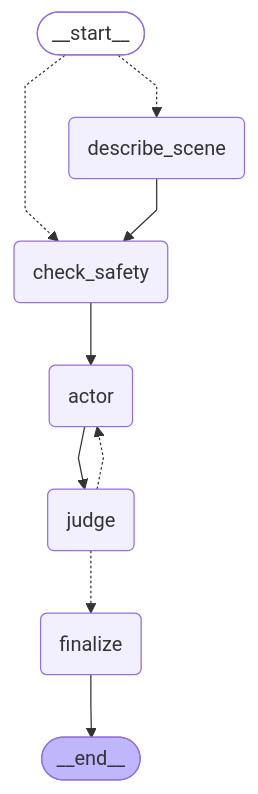
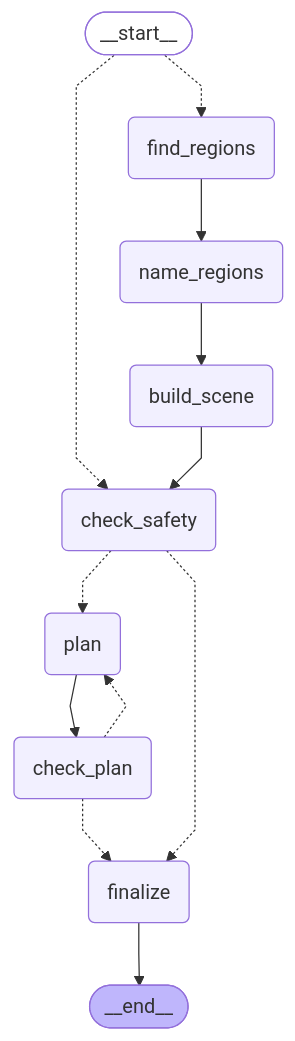
The diagram in outputs/graph/graph.mmd (joswin03/see-it-say-it-pick-it), drawn with Mermaid before and after one commit. The commit also changed 19 other files, not shown here.

First line of the commit message:
Rebuild the LangGraph pipeline on Joswin's OpenCV vision in src/graph_pipeline (42.2/65 dev)

```diff
--- a/outputs/graph/graph.mmd
+++ b/outputs/graph/graph.mmd
@@ -1,24 +1,29 @@
 ---
 config:
   flowchart:
     curve: linear
 ---
 graph TD;
 	__start__([<p>__start__</p>]):::first
-	describe_scene(describe_scene)
+	find_regions(find_regions)
+	name_regions(name_regions)
+	build_scene(build_scene)
 	check_safety(check_safety)
-	actor(actor)
-	judge(judge)
+	plan(plan)
+	check_plan(check_plan)
 	finalize(finalize)
 	__end__([<p>__end__</p>]):::last
 	__start__ -.-> check_safety;
-	__start__ -.-> describe_scene;
-	actor --> judge;
-	check_safety --> actor;
-	describe_scene --> check_safety;
-	judge -.-> actor;
-	judge -.-> finalize;
+	__start__ -.-> find_regions;
+	build_scene --> check_safety;
+	check_plan -.-> finalize;
+	check_plan -.-> plan;
+	check_safety -.-> finalize;
+	check_safety -.-> plan;
+	find_regions --> name_regions;
+	name_regions --> build_scene;
+	plan --> check_plan;
 	finalize --> __end__;
 	classDef default fill:#f2f0ff,line-height:1.2
 	classDef first fill-opacity:0
 	classDef last fill:#bfb6fc
```
